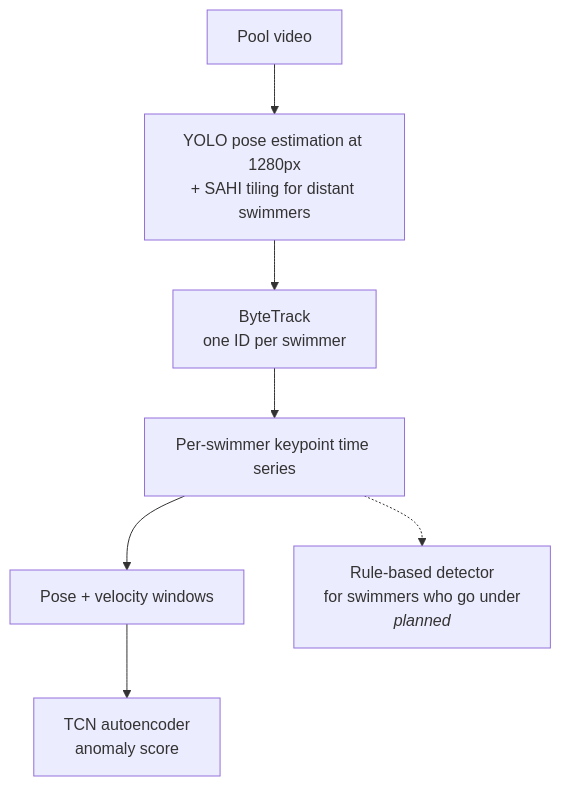
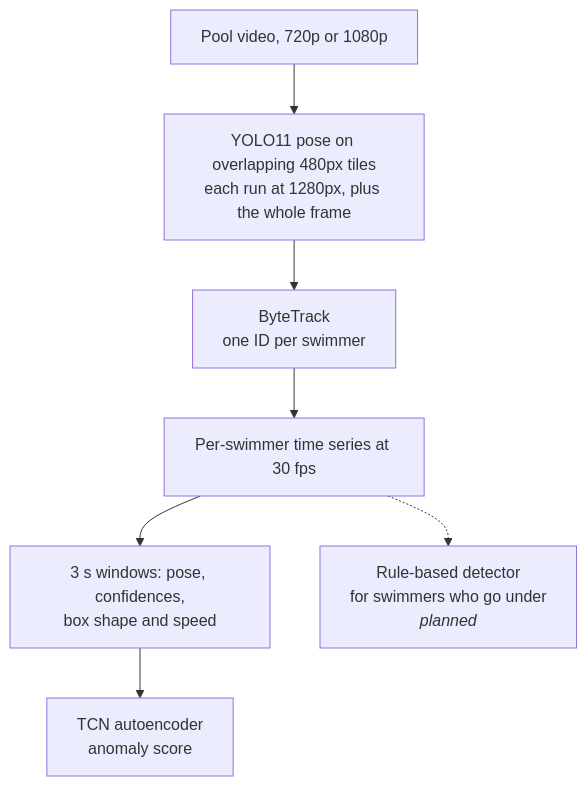
One commit to nickpearlstone/Hydro-Knight changed the diagram in README.md. Above: the diagram before and after it, drawn with Mermaid. The commit also changed other lines of this file and 1 other file, not shown here.

````diff
--- a/README.md
+++ b/README.md
@@ -18,9 +18,9 @@
 ```mermaid
 flowchart TD
-    A[Pool video] --> B[YOLO pose estimation at 1280px<br/>+ SAHI tiling for distant swimmers]
+    A[Pool video, 720p or 1080p] --> B[YOLO11 pose on overlapping 480px tiles<br/>each run at 1280px, plus the whole frame]
     B --> C[ByteTrack<br/>one ID per swimmer]
-    C --> D[Per-swimmer keypoint time series]
-    D --> E[Pose + velocity windows]
+    C --> D[Per-swimmer time series at 30 fps]
+    D --> E[3 s windows: pose, confidences,<br/>box shape and speed]
     E --> F[TCN autoencoder<br/>anomaly score]
     D -.-> G[Rule-based detector<br/>for swimmers who go under<br/><i>planned</i>]
 ```
````
